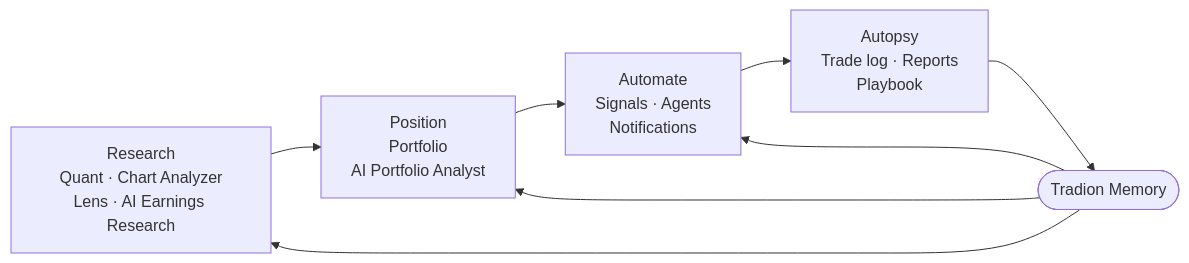
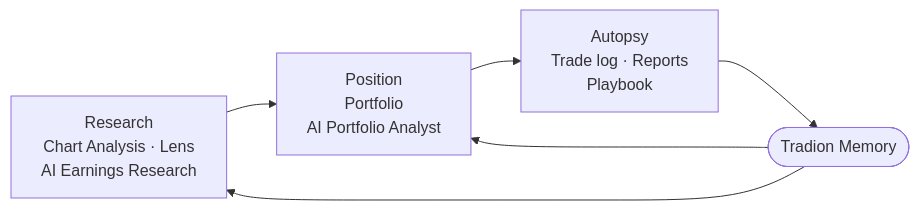
Before and after one commit to ishraq21/tradion-doc-site: the diagram in concepts/the-loop.mdx, drawn with Mermaid. The commit also changed other lines of this file and 68 other files, not shown here.

First line of the commit message:
[docs] Remove Quant Research and Automations, and rewrite every page that leaned on them

````diff
--- a/concepts/the-loop.mdx
+++ b/concepts/the-loop.mdx
@@ -9,10 +9,8 @@
 ```mermaid
 flowchart LR
-    A["Research<br/>Quant · Chart Analyzer<br/>Lens · AI Earnings Research"] --> B["Position<br/>Portfolio<br/>AI Portfolio Analyst"]
-    B --> C["Automate<br/>Signals · Agents<br/>Notifications"]
-    C --> D["Autopsy<br/>Trade log · Reports<br/>Playbook"]
-    D --> E(["Tradion Memory"])
-    E --> A
-    E --> B
-    E --> C
+    A["Research<br/>Chart Analysis · Lens<br/>AI Earnings Research"] --> B["Position<br/>Portfolio<br/>AI Portfolio Analyst"]
+    B --> C["Autopsy<br/>Trade log · Reports<br/>Playbook"]
+    C --> D(["Tradion Memory"])
+    D --> A
+    D --> B
 ```
````
